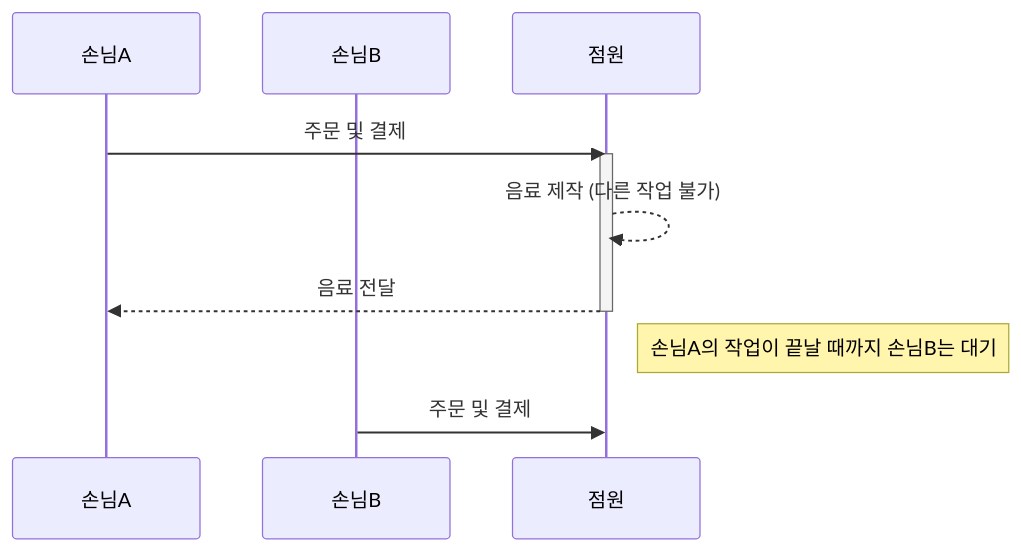
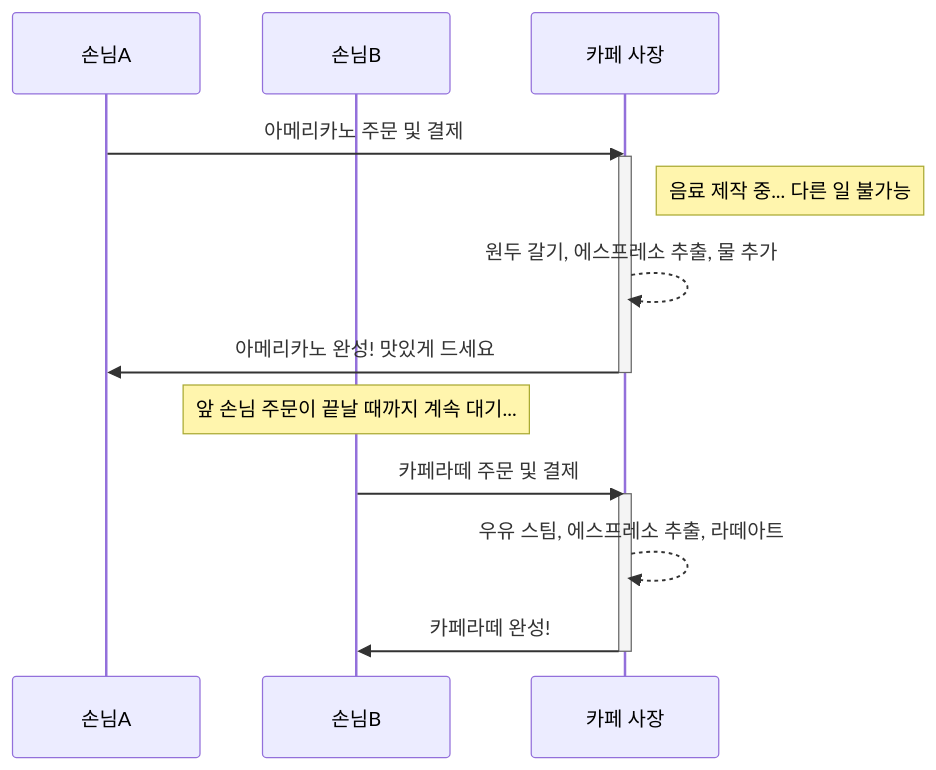
The first of 2 diagrams in _posts/2025-07-30-Node.js-소개.md (Blue-B/Blue-B.github.io), drawn with Mermaid before and after one commit. The commit also changed other lines of this file, not shown here.

Commit message:
feat: node.js 포스트 mermaid 다이어그램 한글 개선

````diff
--- a/_posts/2025-07-30-Node.js-소개.md
+++ b/_posts/2025-07-30-Node.js-소개.md
@@ -37,16 +37,21 @@
 ```mermaid
 sequenceDiagram
     participant 손님A
     participant 손님B
-    participant 점원
+    participant 카페사장 as 카페 사장
 
-    손님A->>점원: 주문 및 결제
-    activate 점원
-    점원-->>점원: 음료 제작 (다른 작업 불가)
-    점원-->>손님A: 음료 전달
-    deactivate 점원
+    손님A->>카페사장: 아메리카노 주문 및 결제
+    activate 카페사장
+    note right of 카페사장: 음료 제작 중... 다른 일 불가능
+    카페사장-->>카페사장: 원두 갈기, 에스프레소 추출, 물 추가
+    카페사장->>손님A: 아메리카노 완성! 맛있게 드세요
+    deactivate 카페사장
     
-    note right of 점원: 손님A의 작업이 끝날 때까지 손님B는 대기
+    note over 손님B: 앞 손님 주문이 끝날 때까지 계속 대기...
     
-    손님B->>점원: 주문 및 결제
+    손님B->>카페사장: 카페라떼 주문 및 결제
+    activate 카페사장
+    카페사장-->>카페사장: 우유 스팀, 에스프레소 추출, 라떼아트
+    카페사장->>손님B: 카페라떼 완성! 
+    deactivate 카페사장
 ```
````
